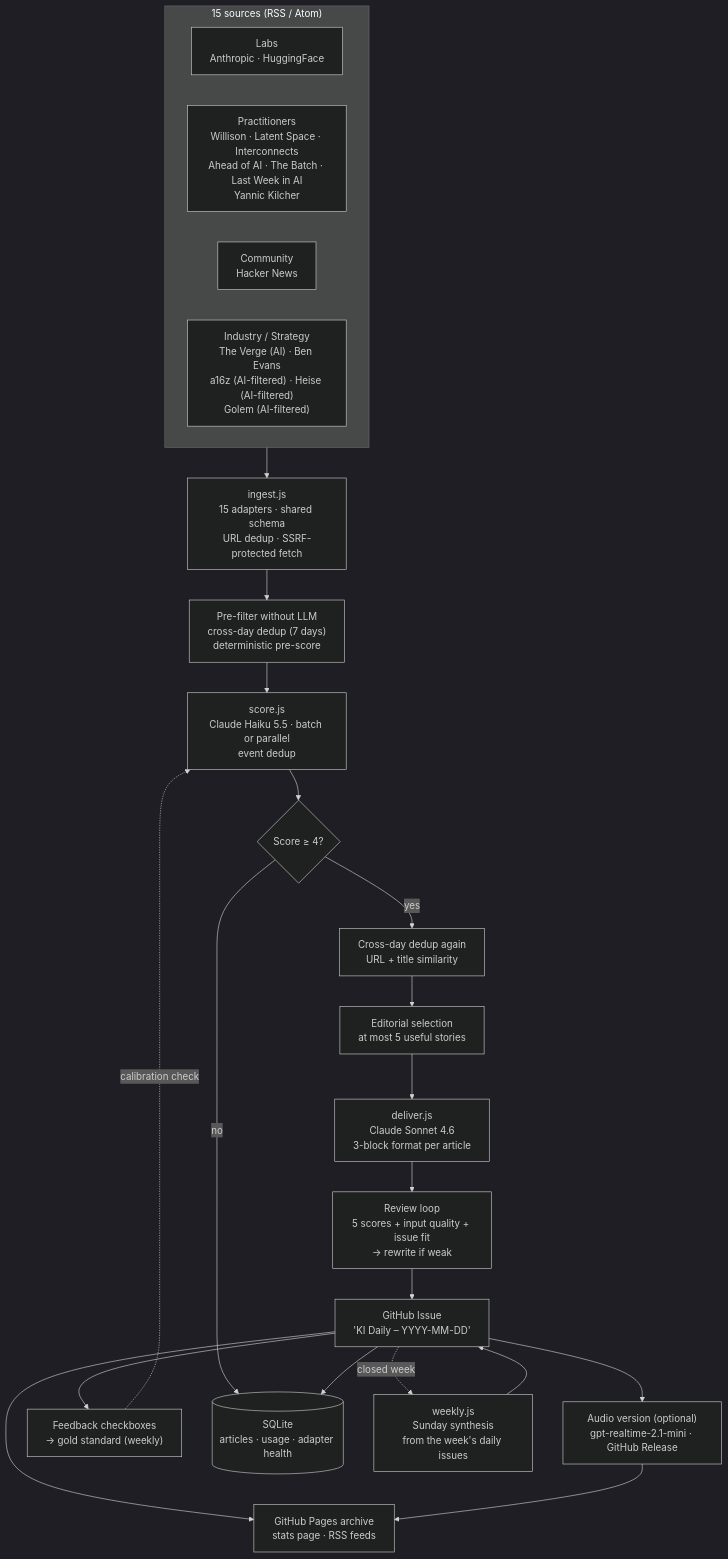
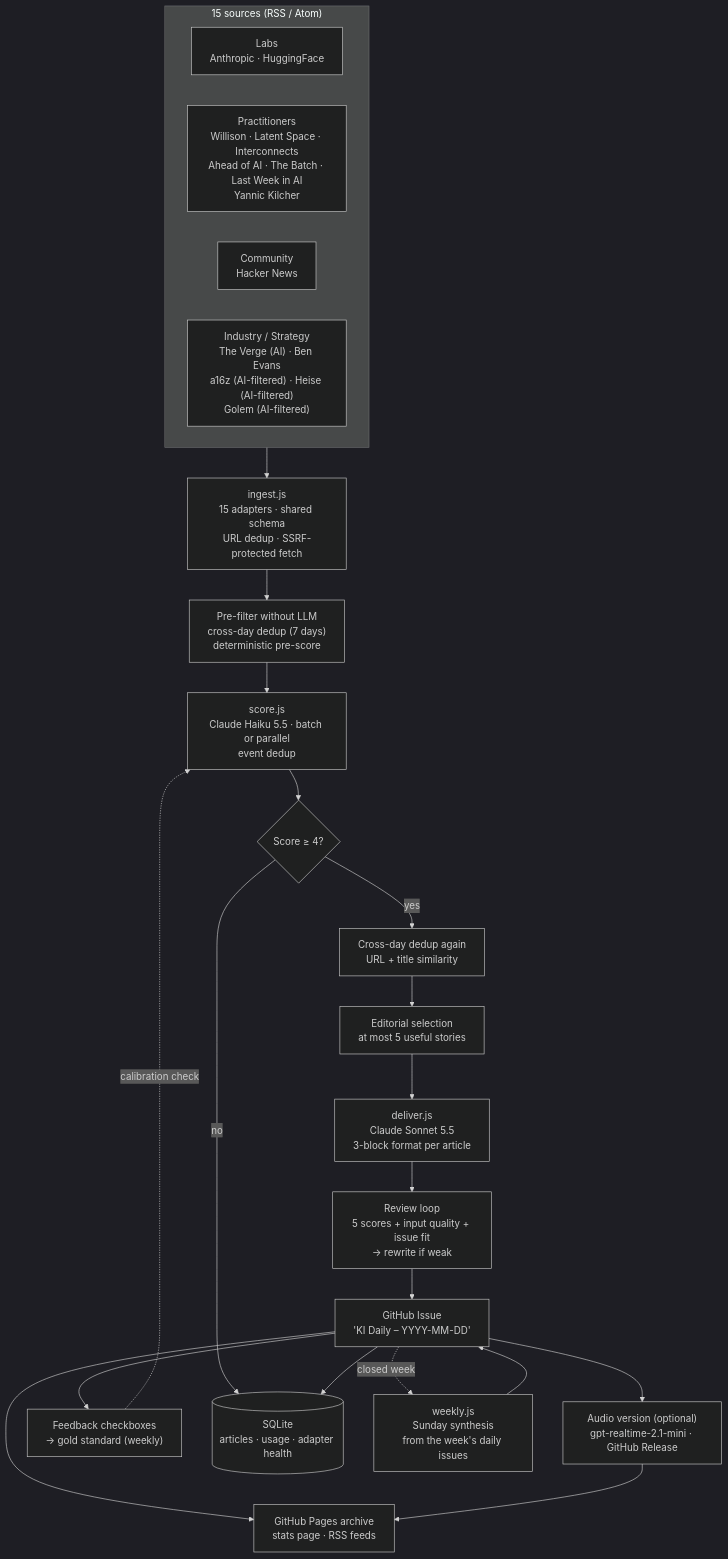
Before and after one commit to kronprinzmagma/ki-news-aggregator: the diagram in README.md, drawn with Mermaid (dark theme). The commit also changed other lines of this file and 10 other files, not shown here.

First line of the commit message:
Aufbereitung auf Sonnet 5.5: Länge über strukturierte Ausgabe mit Wortbudget pro Block

````diff
--- a/README.md
+++ b/README.md
@@ -77,33 +77,33 @@
 ```mermaid
 flowchart TD
     subgraph Sources["15 sources (RSS / Atom)"]
         S1["Labs<br/>Anthropic · HuggingFace"]
         S2["Practitioners<br/>Willison · Latent Space · Interconnects<br/>Ahead of AI · The Batch · Last Week in AI<br/>Yannic Kilcher"]
         S3["Community<br/>Hacker News"]
         S4["Industry / Strategy<br/>The Verge (AI) · Ben Evans<br/>a16z (AI-filtered) · Heise (AI-filtered)<br/>Golem (AI-filtered)"]
     end
 
     Ingest["ingest.js<br/>15 adapters · shared schema<br/>URL dedup · SSRF-protected fetch"]
     Pre["Pre-filter without LLM<br/>cross-day dedup (7 days)<br/>deterministic pre-score"]
     Score["score.js<br/>Claude Haiku 5.5 · batch or parallel<br/>event dedup"]
     Filter{"Score ≥ 4?"}
     XDay["Cross-day dedup again<br/>URL + title similarity"]
     Select["Editorial selection<br/>at most 5 useful stories"]
-    Write["deliver.js<br/>Claude Sonnet 4.6<br/>3-block format per article"]
+    Write["deliver.js<br/>Claude Sonnet 5.5<br/>3-block format per article"]
     Review["Review loop<br/>5 scores + input quality + issue fit<br/>→ rewrite if weak"]
     Issue["GitHub Issue<br/>'KI Daily – YYYY-MM-DD'"]
     Archive["GitHub Pages archive<br/>stats page · RSS feeds"]
     Audio["Audio version (optional)<br/>gpt-realtime-2.1-mini · GitHub Release"]
     Feedback["Feedback checkboxes<br/>→ gold standard (weekly)"]
     Store[("SQLite<br/>articles · usage · adapter health")]
     Weekly["weekly.js<br/>Sunday synthesis<br/>from the week's daily issues"]
 
     Sources --> Ingest --> Pre --> Score --> Filter
     Filter -- yes --> XDay --> Select --> Write --> Review --> Issue
     Filter -- no --> Store
     Issue --> Store
     Issue --> Archive
     Issue --> Audio --> Archive
         Issue --> Feedback -.calibration check.-> Score
     Issue -.closed week.-> Weekly --> Issue
 ```
````
